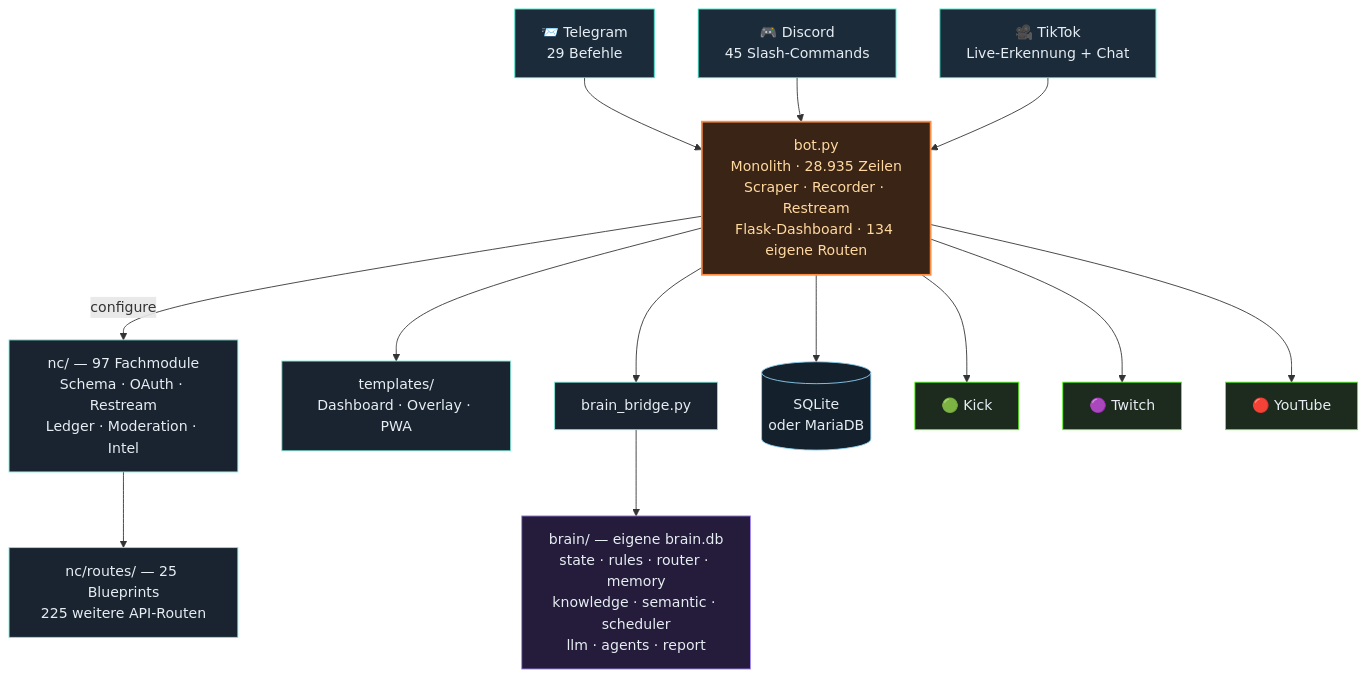
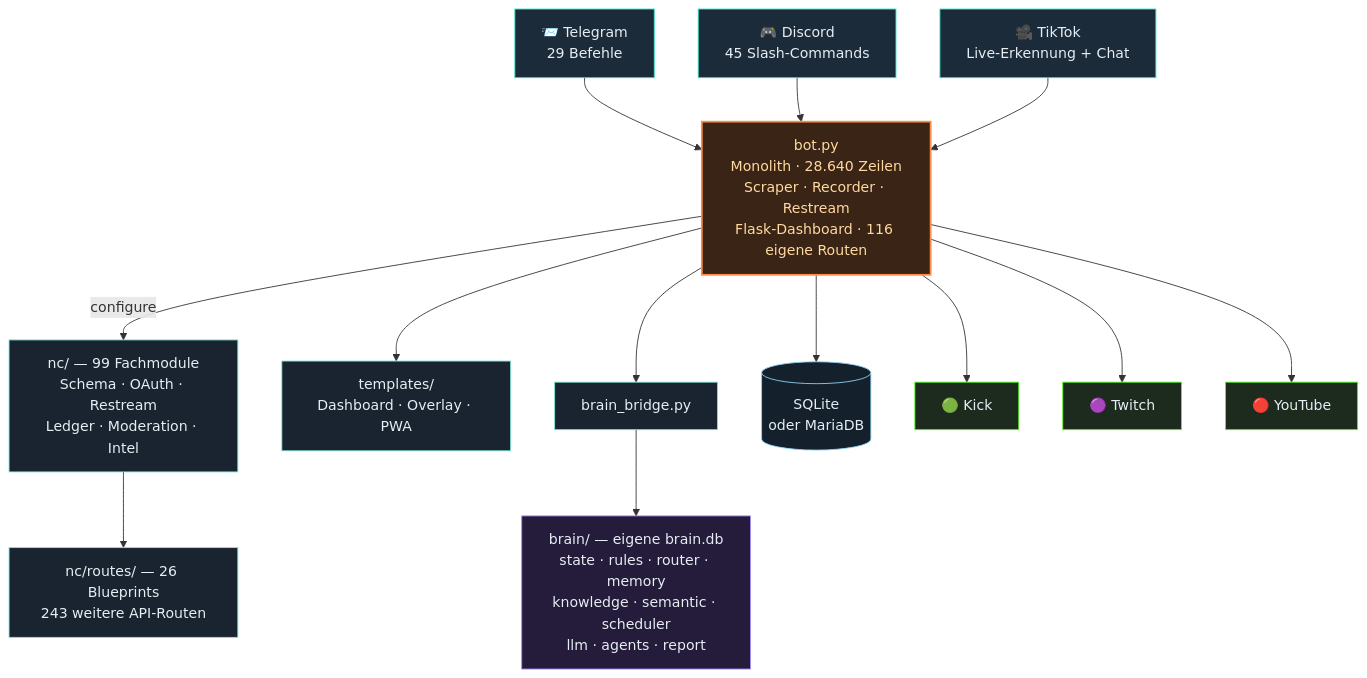
One commit to itsamemedev/Telegram-Stream-Info-Bot changed the third of 4 diagrams in README.md. Above: the diagram before and after it, drawn with Mermaid. The commit also changed other lines of this file and 16 other files, not shown here.

First line of the commit message:
/api/azrael als Blueprint, Stimme und Whisper gelöst, Katalog reicht in die Blueprints (v4.1 W19)

````diff
--- a/README.md
+++ b/README.md
@@ -189,30 +189,30 @@
 ```mermaid
 flowchart TB
     TG["📨 Telegram<br/>29 Befehle"]:::ein
     DC["🎮 Discord<br/>45 Slash-Commands"]:::ein
     TT["🎥 TikTok<br/>Live-Erkennung + Chat"]:::ein
 
     TG --> BOT
     DC --> BOT
     TT --> BOT
 
-    BOT["bot.py<br/>Monolith · 28.935 Zeilen<br/>Scraper · Recorder · Restream<br/>Flask-Dashboard · 134 eigene Routen"]:::core
+    BOT["bot.py<br/>Monolith · 28.640 Zeilen<br/>Scraper · Recorder · Restream<br/>Flask-Dashboard · 116 eigene Routen"]:::core
 
-    BOT -->|configure| NC["nc/ — 97 Fachmodule<br/>Schema · OAuth · Restream<br/>Ledger · Moderation · Intel"]:::lib
-    NC --> RT["nc/routes/ — 25 Blueprints<br/>225 weitere API-Routen"]:::lib
+    BOT -->|configure| NC["nc/ — 99 Fachmodule<br/>Schema · OAuth · Restream<br/>Ledger · Moderation · Intel"]:::lib
+    NC --> RT["nc/routes/ — 26 Blueprints<br/>243 weitere API-Routen"]:::lib
     BOT --> TPL["templates/<br/>Dashboard · Overlay · PWA"]:::lib
     BOT --> BR["brain_bridge.py"]:::lib
     BR --> BRAIN["brain/ — eigene brain.db<br/>state · rules · router · memory<br/>knowledge · semantic · scheduler<br/>llm · agents · report"]:::brain
     BOT --> DB[("SQLite<br/>oder MariaDB")]:::db
 
     BOT --> KICK["🟢 Kick"]:::out
     BOT --> TW["🟣 Twitch"]:::out
     BOT --> YT["🔴 YouTube"]:::out
 
     classDef ein fill:#1c2b3a,stroke:#2de1c2,color:#e6edf3
     classDef core fill:#3a2415,stroke:#ff8c42,stroke-width:2px,color:#ffd9a0
     classDef lib fill:#1a2430,stroke:#7fe7d4,color:#e6edf3
     classDef brain fill:#241c3a,stroke:#a78bfa,color:#e6edf3
     classDef db fill:#14202c,stroke:#8fd3f4,color:#e6edf3
     classDef out fill:#1c2b1e,stroke:#53fc18,color:#e6edf3
 ```
````
